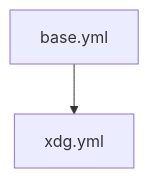
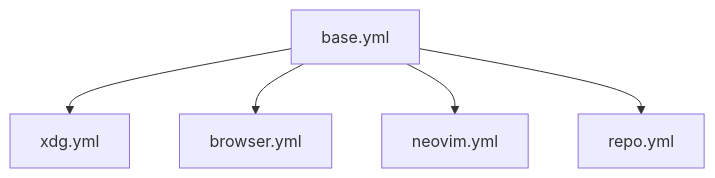
The diagram in README.md (fntyler/pretext), drawn with Mermaid before and after one commit. The commit also changed other lines of this file, not shown here.

````diff
--- a/README.md
+++ b/README.md
@@ -21,4 +23,7 @@
 ```mermaid
 flowchart TD
     A[base.yml] --> B[xdg.yml]
+    A[base.yml] --> C[browser.yml]
+    A[base.yml] --> D[neovim.yml]
+    A[base.yml] --> E[repo.yml]
 ```
````
